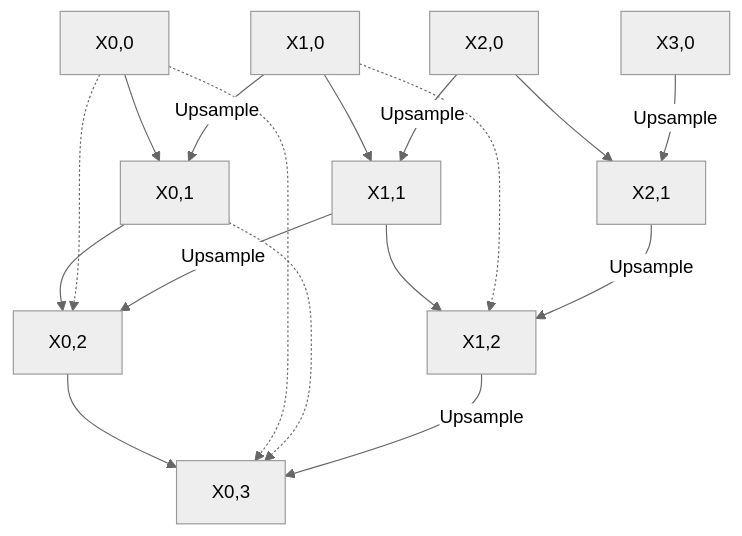
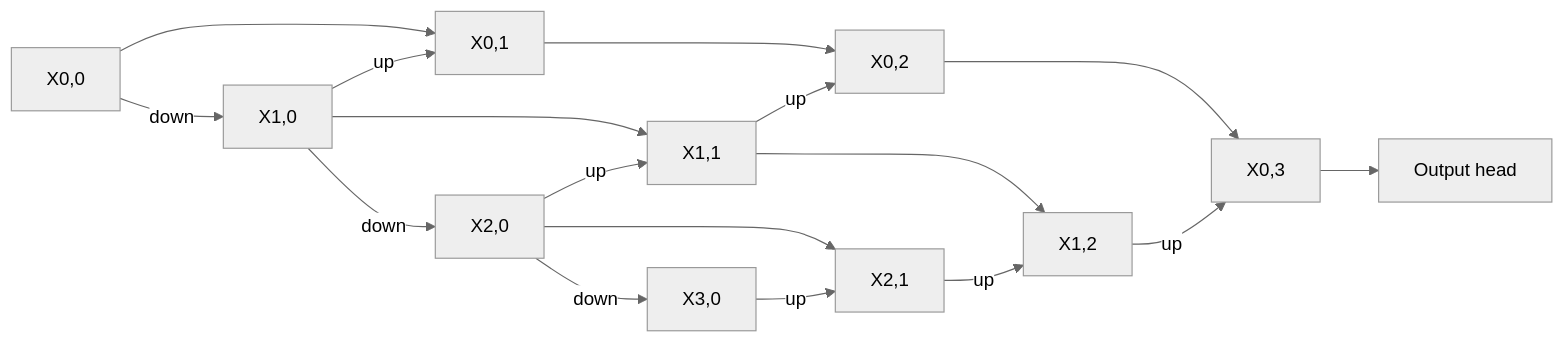
Before and after one commit to Tarunsai08/PaperStack: the diagram in content/papers/unet-redesigning-skip-connections-to-exploit-multiscale-feat.md, drawn with Mermaid (neutral theme). The commit also changed other lines of this file and 9 other files, not shown here.

````diff
--- a/content/papers/unet-redesigning-skip-connections-to-exploit-multiscale-feat.md
+++ b/content/papers/unet-redesigning-skip-connections-to-exploit-multiscale-feat.md
@@ -142,23 +99,17 @@
 ```mermaid
-flowchart TD
-    X00[X0,0] --> X01[X0,1]
-    X01 --> X02[X0,2]
-    X02 --> X03[X0,3]
-    X00 -.-> X02
-    X00 -.-> X03
-    X01 -.-> X03
-
-    X10[X1,0] --> X11[X1,1]
-    X11 --> X12[X1,2]
-    X10 -.-> X12
-
-    X20[X2,0] --> X21[X2,1]
-    X30[X3,0]
-
-    X10 -->|Upsample| X01
-    X20 -->|Upsample| X11
-    X30 -->|Upsample| X21
-    X11 -->|Upsample| X02
-    X21 -->|Upsample| X12
-    X12 -->|Upsample| X03
+flowchart LR
+  X00[X0,0] --> X01[X0,1] --> X02[X0,2] --> X03[X0,3]
+  X10[X1,0] --> X11[X1,1] --> X12[X1,2]
+  X20[X2,0] --> X21[X2,1]
+  X30[X3,0]
+  X00 -->|down| X10
+  X10 -->|down| X20
+  X20 -->|down| X30
+  X10 -->|up| X01
+  X20 -->|up| X11
+  X11 -->|up| X02
+  X30 -->|up| X21
+  X21 -->|up| X12
+  X12 -->|up| X03
+  X03 --> H[Output head]
 ```
````
